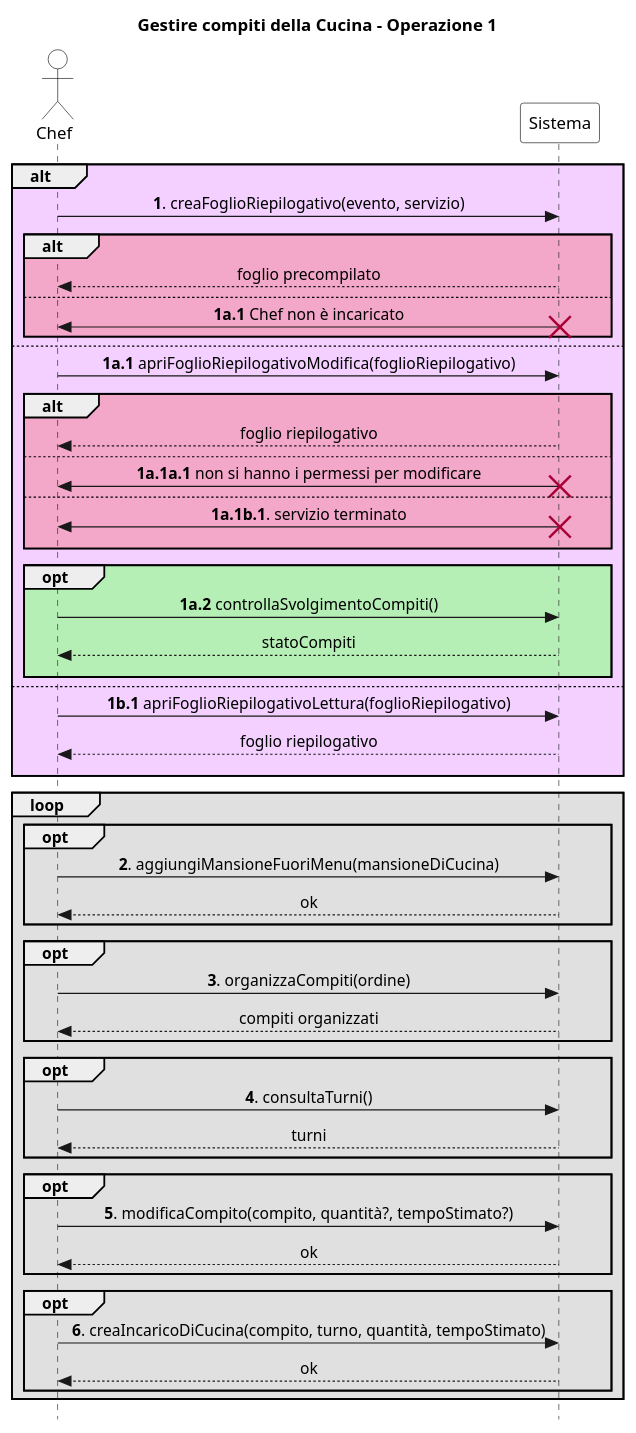
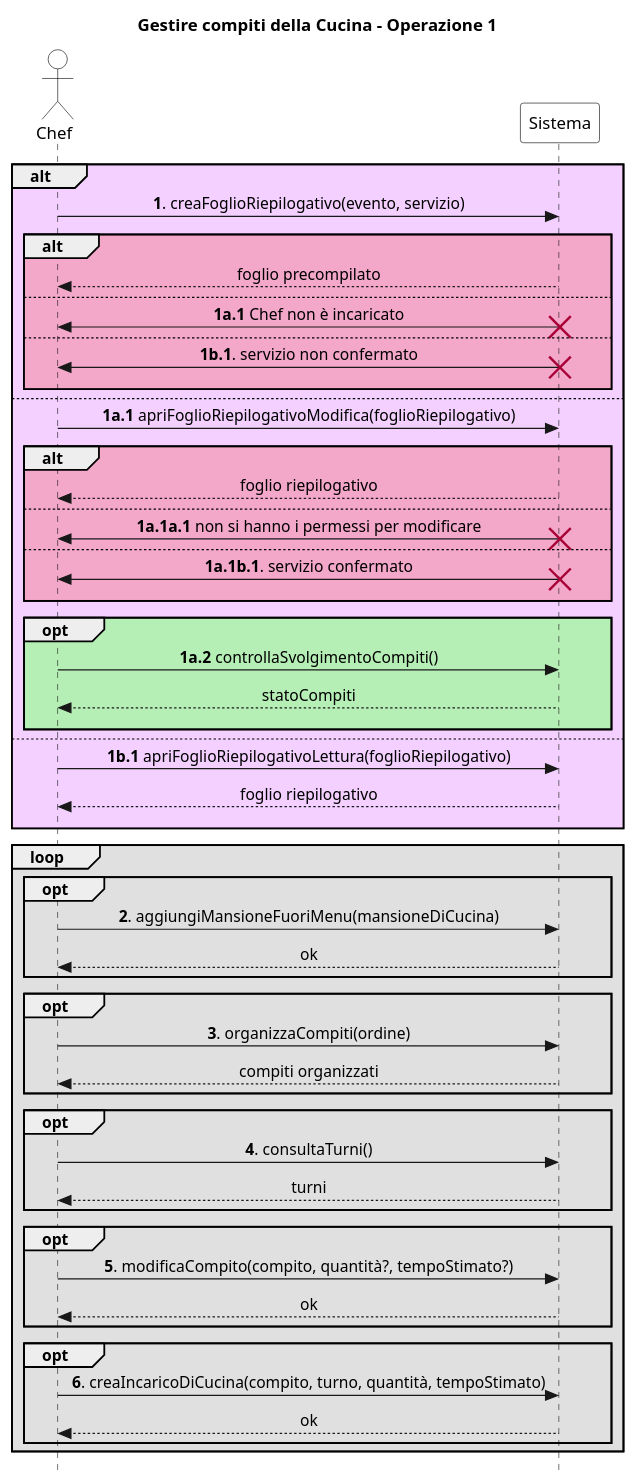
Before and after one commit to stefa168/sas-project: the diagram in UP/Requisiti/UC Gestire Compiti Cucina/SSD/Estensioni-Eccezioni Op1.puml, drawn with PlantUML. The commit also changed 1 other file, not shown here.

```diff
--- a/UP/Requisiti/UC Gestire Compiti Cucina/SSD/Estensioni-Eccezioni Op1.puml
+++ b/UP/Requisiti/UC Gestire Compiti Cucina/SSD/Estensioni-Eccezioni Op1.puml
@@ -1,78 +1,82 @@
 @startuml
 skinparam Style strictuml
 skinparam SequenceMessageAlign center
 
 skinparam sequence {
     ActorBorderColor Black
     ActorBackgroundColor White
     ParticipantBorderColor Black
     ParticipantBackgroundColor White
 }
 
 actor Chef
 participant Sistema
 
 title Gestire compiti della Cucina - Operazione 1
 
 alt #f3d0ff
     Chef -> Sistema: **1**. creaFoglioRiepilogativo(evento, servizio)
     alt #f3a7c9
         return foglio precompilato
     else
         Chef <- Sistema: **1a.1** Chef non è incaricato
         destroy Sistema
+    else
+        Chef <- Sistema: **1b.1**. servizio non confermato
+        destroy Sistema
+        ||10||
     end
 else
     Chef -> Sistema: **1a.1** apriFoglioRiepilogativoModifica(foglioRiepilogativo)
     alt #f3a7c9
         return foglio riepilogativo
     else
         Chef <- Sistema: **1a.1a.1** non si hanno i permessi per modificare
         destroy Sistema
     else
-        Chef <- Sistema: **1a.1b.1**. servizio terminato
+        Chef <- Sistema: **1a.1b.1**. servizio confermato
         destroy Sistema
         ||10||
     end
 
     opt #b6efb6
         Chef -> Sistema: **1a.2** controllaSvolgimentoCompiti()
         return statoCompiti
         ||10||
     end
 else
     Chef -> Sistema: **1b.1** apriFoglioRiepilogativoLettura(foglioRiepilogativo)
     return foglio riepilogativo
     ||10||
 end
 
 loop #e0e0e0
     opt #e0e0e0
         Chef -> Sistema: **2**. aggiungiMansioneFuoriMenu(mansioneDiCucina)
         return ok
     end
 
     opt #e0e0e0
         Chef -> Sistema: **3**. organizzaCompiti(ordine)
         return compiti organizzati
     end
 
     opt #e0e0e0
         Chef -> Sistema: **4**. consultaTurni()
         return turni
     end
 
     opt #e0e0e0
         Chef -> Sistema: **5**. modificaCompito(compito, quantità?, tempoStimato?)
         return ok
     end
 
     opt #e0e0e0
         Chef -> Sistema: **6**. creaIncaricoDiCucina(compito, turno, quantità, tempoStimato)
         return ok
     end
 
 end
 
 
 @enduml
```
